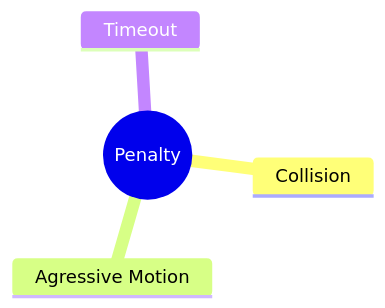
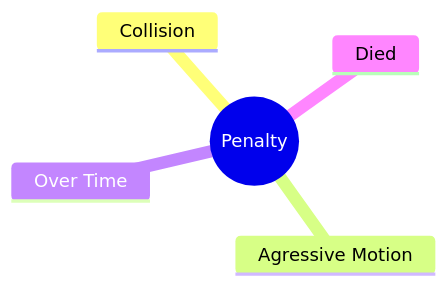
One commit to Temasek-Dynamics/IsaacLab changed the second of 2 diagrams in source/extensions/omni.isaac.lab_tasks/omni/isaac/lab_tasks/direct/quadcopter/raynor_reward_design.md. Above: the diagram before and after it, drawn with Mermaid. The commit also changed other lines of this file and 5 other files, not shown here.

````diff
--- a/source/extensions/omni.isaac.lab_tasks/omni/isaac/lab_tasks/direct/quadcopter/raynor_reward_design.md
+++ b/source/extensions/omni.isaac.lab_tasks/omni/isaac/lab_tasks/direct/quadcopter/raynor_reward_design.md
@@ -90,7 +90,8 @@
 ```mermaid
 mindmap
     root((Penalty))
         Collision
         Agressive Motion
-        Timeout
+        Over Time
+        Died
 ```
````
